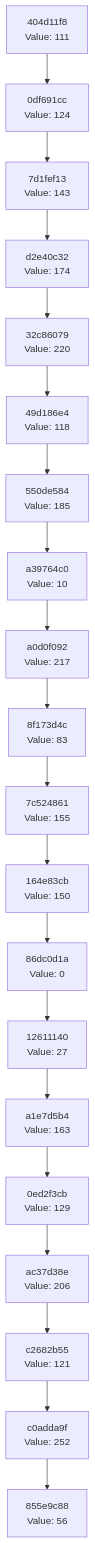
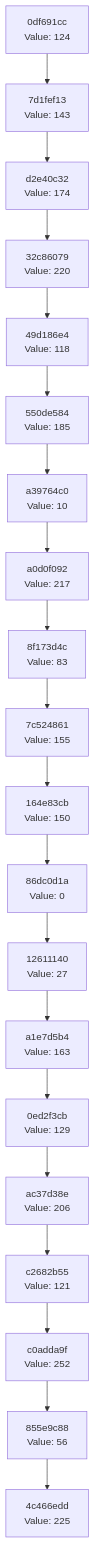
One commit to Abhisheksinha1506/hash-chain-evolver changed the diagram in docs/CHAIN_VISUALIZATION.md. Above: the diagram before and after it, drawn with Mermaid. The commit also changed 2 other files, not shown here.

Commit message:
Evolution step: hash 0xE1 → action executed

````diff
--- a/docs/CHAIN_VISUALIZATION.md
+++ b/docs/CHAIN_VISUALIZATION.md
@@ -3,42 +3,42 @@
 ```mermaid
 graph TD
-    C0["855e9c88<br/>Value: 56"]
-    C1["c0adda9f<br/>Value: 252"]
+    C0["4c466edd<br/>Value: 225"]
+    C1["855e9c88<br/>Value: 56"]
     C1 --> C0
-    C2["c2682b55<br/>Value: 121"]
+    C2["c0adda9f<br/>Value: 252"]
     C2 --> C1
-    C3["ac37d38e<br/>Value: 206"]
+    C3["c2682b55<br/>Value: 121"]
     C3 --> C2
-    C4["0ed2f3cb<br/>Value: 129"]
+    C4["ac37d38e<br/>Value: 206"]
     C4 --> C3
-    C5["a1e7d5b4<br/>Value: 163"]
+    C5["0ed2f3cb<br/>Value: 129"]
     C5 --> C4
-    C6["12611140<br/>Value: 27"]
+    C6["a1e7d5b4<br/>Value: 163"]
     C6 --> C5
-    C7["86dc0d1a<br/>Value: 0"]
+    C7["12611140<br/>Value: 27"]
     C7 --> C6
-    C8["164e83cb<br/>Value: 150"]
+    C8["86dc0d1a<br/>Value: 0"]
     C8 --> C7
-    C9["7c524861<br/>Value: 155"]
+    C9["164e83cb<br/>Value: 150"]
     C9 --> C8
-    C10["8f173d4c<br/>Value: 83"]
+    C10["7c524861<br/>Value: 155"]
     C10 --> C9
-    C11["a0d0f092<br/>Value: 217"]
+    C11["8f173d4c<br/>Value: 83"]
     C11 --> C10
-    C12["a39764c0<br/>Value: 10"]
+    C12["a0d0f092<br/>Value: 217"]
     C12 --> C11
-    C13["550de584<br/>Value: 185"]
+    C13["a39764c0<br/>Value: 10"]
     C13 --> C12
-    C14["49d186e4<br/>Value: 118"]
+    C14["550de584<br/>Value: 185"]
     C14 --> C13
-    C15["32c86079<br/>Value: 220"]
+    C15["49d186e4<br/>Value: 118"]
     C15 --> C14
-    C16["d2e40c32<br/>Value: 174"]
+    C16["32c86079<br/>Value: 220"]
     C16 --> C15
-    C17["7d1fef13<br/>Value: 143"]
+    C17["d2e40c32<br/>Value: 174"]
     C17 --> C16
-    C18["0df691cc<br/>Value: 124"]
+    C18["7d1fef13<br/>Value: 143"]
     C18 --> C17
-    C19["404d11f8<br/>Value: 111"]
+    C19["0df691cc<br/>Value: 124"]
     C19 --> C18
 ```
````
